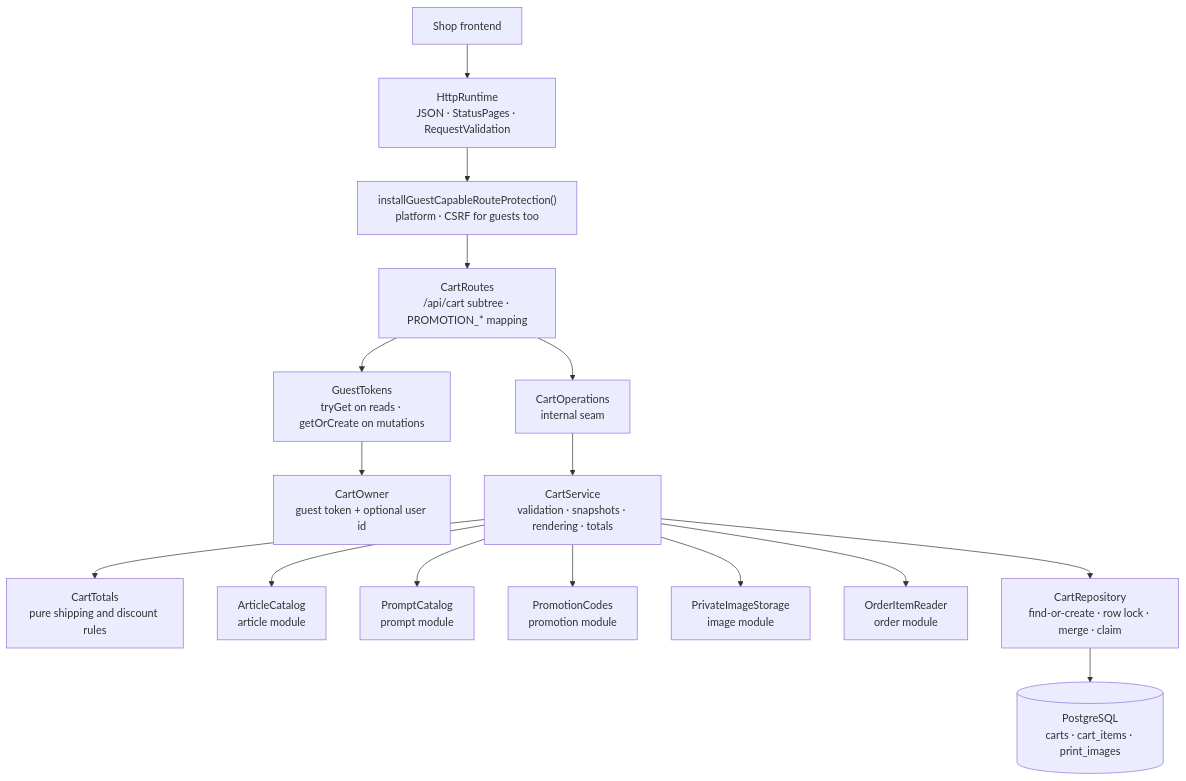
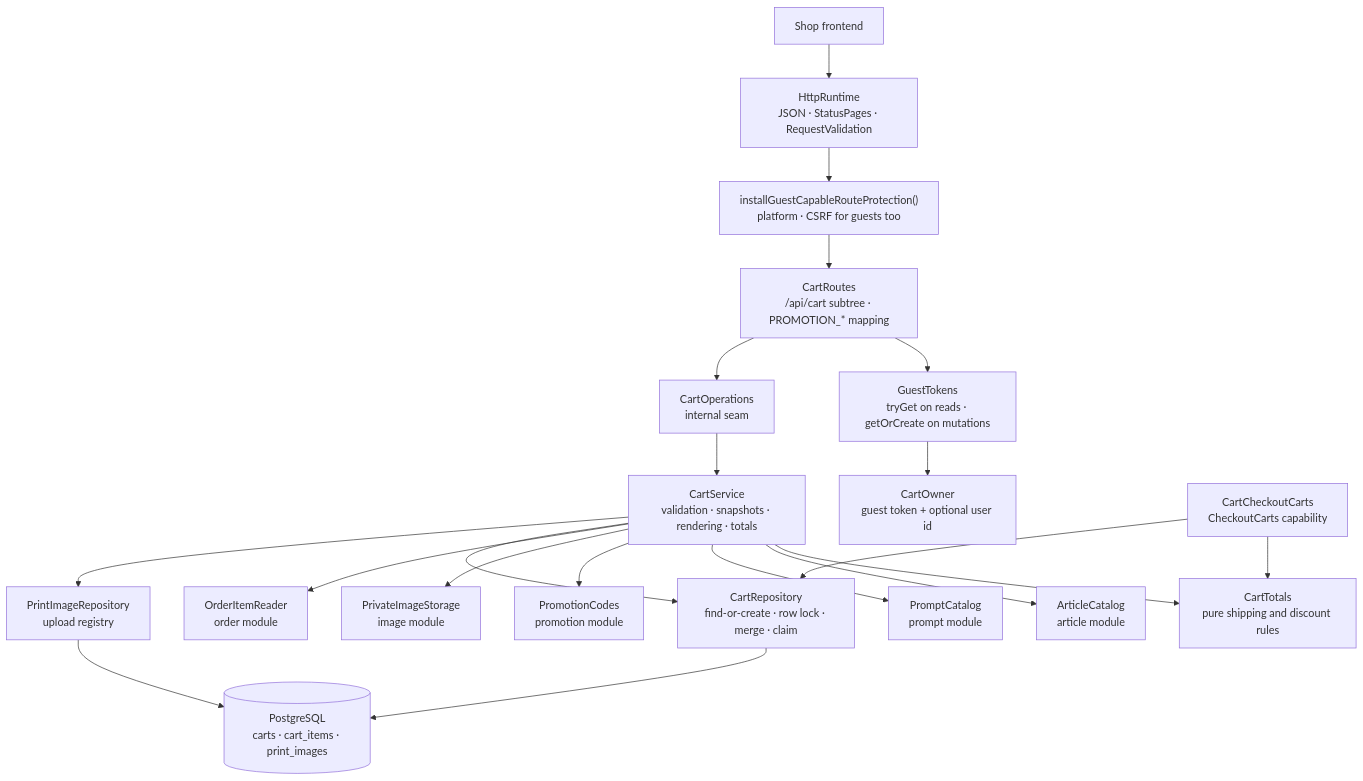
Before and after one commit to bitstorm-tech/voenix-shop-kotlin: the diagram in docs/dev/backend/cart-package.md, drawn with Mermaid. The commit also changed other lines of this file and 16 other files, not shown here.

Commit message:
Checkout T2: cart CheckoutCarts capability, checked-out retry, Long totals

````diff
--- a/docs/dev/backend/cart-package.md
+++ b/docs/dev/backend/cart-package.md
@@ -30,30 +30,35 @@
 ```mermaid
 flowchart TB
     Client["Shop frontend"]
     Http["HttpRuntime<br/>JSON · StatusPages · RequestValidation"]
     Csrf["installGuestCapableRouteProtection()<br/>platform · CSRF for guests too"]
     Routes["CartRoutes<br/>/api/cart subtree · PROMOTION_* mapping"]
     Guest["GuestTokens<br/>tryGet on reads · getOrCreate on mutations"]
     Owner["CartOwner<br/>guest token + optional user id"]
     Operations["CartOperations<br/>internal seam"]
     Service["CartService<br/>validation · snapshots · rendering · totals"]
     Totals["CartTotals<br/>pure shipping and discount rules"]
     Articles["ArticleCatalog<br/>article module"]
     Prompts["PromptCatalog<br/>prompt module"]
     Promotions["PromotionCodes<br/>promotion module"]
     Storage["PrivateImageStorage<br/>image module"]
     Ordered["OrderItemReader<br/>order module"]
+    Checkout["CartCheckoutCarts<br/>CheckoutCarts capability"]
     Repository["CartRepository<br/>find-or-create · row lock · merge · claim"]
+    Images["PrintImageRepository<br/>upload registry"]
     Tables[("PostgreSQL<br/>carts · cart_items · print_images")]
 
     Client --> Http --> Csrf --> Routes
     Routes --> Guest --> Owner
     Routes --> Operations --> Service
     Service --> Totals
     Service --> Articles
     Service --> Prompts
     Service --> Promotions
     Service --> Storage
     Service --> Ordered
     Service --> Repository --> Tables
+    Service --> Images --> Tables
+    Checkout --> Totals
+    Checkout --> Repository
 ```
````
